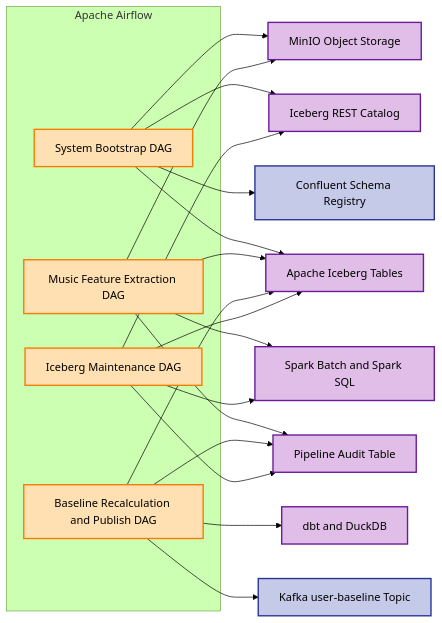
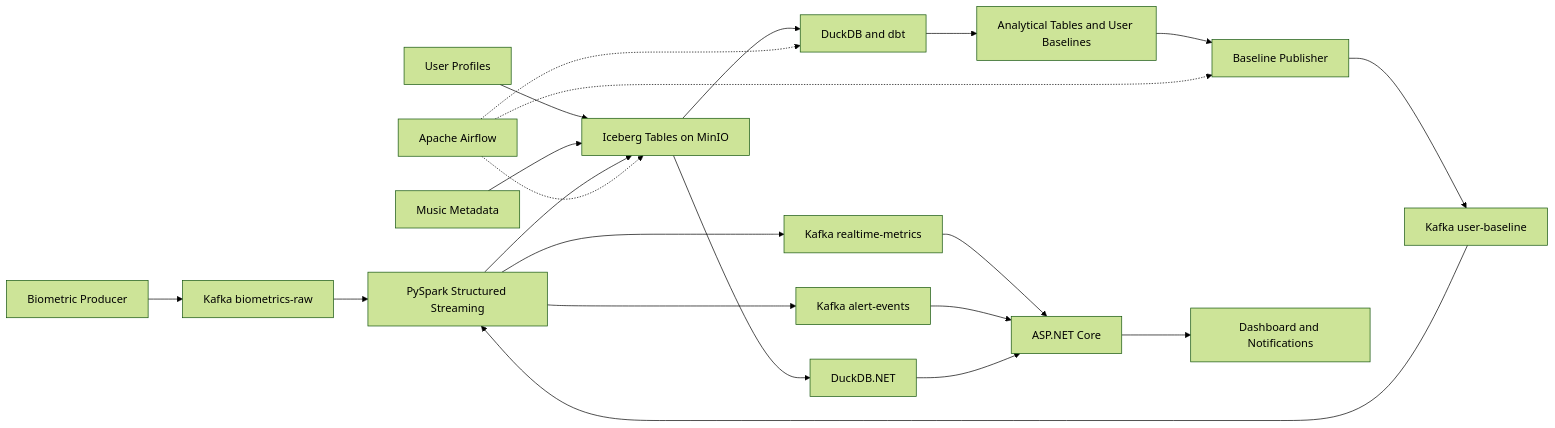
The diagram in README.md (Litaaya/Music_Biometrics), drawn with Mermaid (forest theme) before and after one commit. The commit also changed other lines of this file, not shown here.

Commit message:
docs: update roadmap and scale project in readme.md

````diff
--- a/README.md
+++ b/README.md
@@ -137,42 +81,29 @@
 ```mermaid
 graph LR
-    classDef dag fill:#ffe0b2,stroke:#f57c00,stroke-width:2px
-    classDef infra fill:#e1bee7,stroke:#6a1b9a,stroke-width:2px
-    classDef kafka fill:#c5cae9,stroke:#283593,stroke-width:2px
+    A1["Biometric Producer"] --> B1["Kafka biometrics-raw"]
+    A2["User Profiles"] --> D1["Iceberg Tables on MinIO"]
+    A3["Music Metadata"] --> D1
 
-    subgraph AF["Apache Airflow"]
-        DAG1["System Bootstrap DAG"]:::dag
-        DAG2["Music Feature Extraction DAG"]:::dag
-        DAG3["Baseline Recalculation and Publish DAG"]:::dag
-        DAG4["Iceberg Maintenance DAG"]:::dag
-    end
+    B1 --> C1["PySpark Structured Streaming"]
+    C1 --> D1
+    C1 --> B2["Kafka realtime-metrics"]
+    C1 --> B3["Kafka alert-events"]
 
-    MINIO["MinIO Object Storage"]:::infra
-    CATALOG["Iceberg REST Catalog"]:::infra
-    ICEBERG["Apache Iceberg Tables"]:::infra
-    SCHEMA["Confluent Schema Registry"]:::kafka
-    KBASE["Kafka user-baseline Topic"]:::kafka
-    DBT["dbt and DuckDB"]:::infra
-    SPARK["Spark Batch and Spark SQL"]:::infra
-    AUDIT["Pipeline Audit Table"]:::infra
+    D1 --> E1["DuckDB and dbt"]
+    E1 --> D2["Analytical Tables and User Baselines"]
 
-    DAG1 --> MINIO
-    DAG1 --> CATALOG
-    DAG1 --> SCHEMA
-    DAG1 --> ICEBERG
+    D2 --> F1["Baseline Publisher"]
+    F1 --> B4["Kafka user-baseline"]
+    B4 --> C1
 
-    DAG2 --> MINIO
-    DAG2 --> SPARK
-    DAG2 --> ICEBERG
-    DAG2 --> AUDIT
+    B2 --> G1["ASP.NET Core"]
+    B3 --> G1
+    G1 --> H1["Dashboard and Notifications"]
 
-    DAG3 --> DBT
-    DAG3 --> ICEBERG
-    DAG3 --> KBASE
-    DAG3 --> AUDIT
+    D1 --> G2["DuckDB.NET"]
+    G2 --> G1
 
-    DAG4 --> SPARK
-    DAG4 --> CATALOG
-    DAG4 --> ICEBERG
-    DAG4 --> AUDIT
+    I1["Apache Airflow"] -.-> E1
+    I1 -.-> F1
+    I1 -.-> D1
 ```
````
